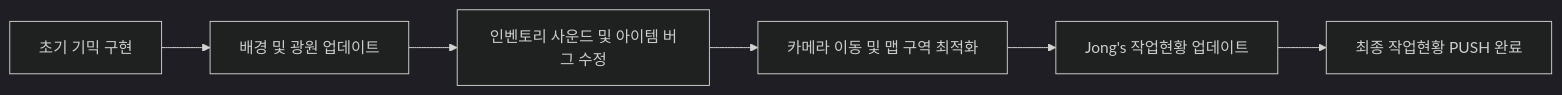
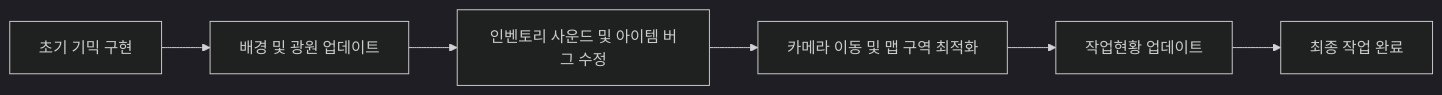
The diagram in README.md (gkwhddnr/GameProject-2), drawn with Mermaid (dark theme) before and after one commit. The commit also changed other lines of this file, not shown here.

````diff
--- a/README.md
+++ b/README.md
@@ -49,8 +40,8 @@
 ```mermaid
 graph LR
     A[초기 기믹 구현] --> B[배경 및 광원 업데이트]
     B --> C[인벤토리 사운드 및 아이템 버그 수정]
     C --> D[카메라 이동 및 맵 구역 최적화]
-    D --> E[Jong's 작업현황 업데이트]
-    E --> F[최종 작업현황 PUSH 완료]
+    D --> E[작업현황 업데이트]
+    E --> F[최종 작업 완료]
 ```
````
